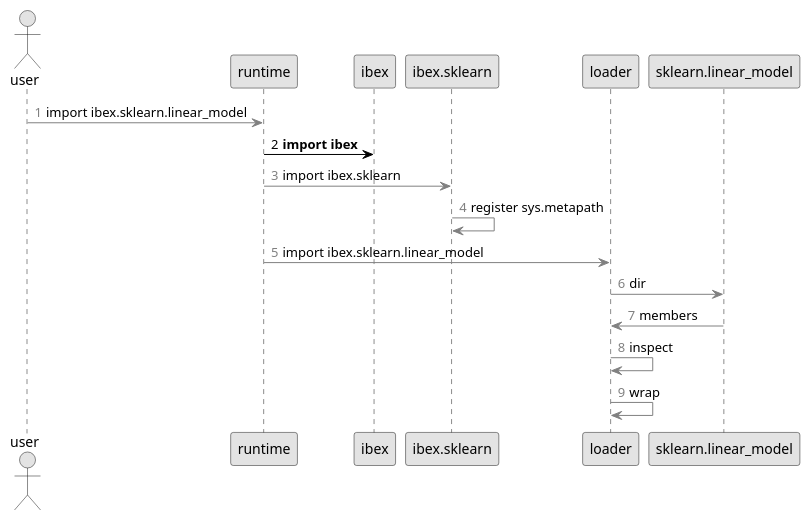
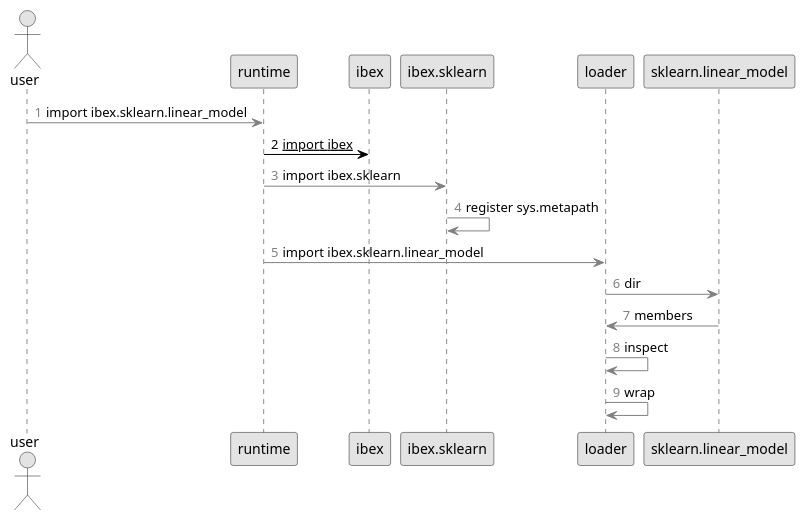
One commit to atavory/atavory.github.io changed the diagram in ibex_pres/import_seq_two.plantuml. Above: the diagram before and after it, drawn with PlantUML. The commit also changed 19 other files, not shown here.

```diff
--- a/ibex_pres/import_seq_two.plantuml
+++ b/ibex_pres/import_seq_two.plantuml
@@ -1,21 +1,21 @@
 @startuml
 
 skinparam monochrome true
 skinparam shadowing false
 
 actor user
 
 autonumber 1 "<font color=grey>"
 user -[#grey]> runtime: import ibex.sklearn.linear_model
 autonumber 2 "<font color=black>"
-runtime -[#black]> ibex: **import ibex**
+runtime -[#black]> ibex: __import ibex__
 autonumber 3 "<font color=grey>"
 runtime -[#grey]> ibex.sklearn: import ibex.sklearn
 ibex.sklearn -[#grey]> ibex.sklearn: register sys.metapath
 runtime -[#grey]> loader: import ibex.sklearn.linear_model
 loader -[#grey]> sklearn.linear_model: dir
 sklearn.linear_model -[#grey]> loader: members
 loader -[#grey]> loader: inspect
 loader -[#grey]> loader: wrap
 
 @enduml
```
